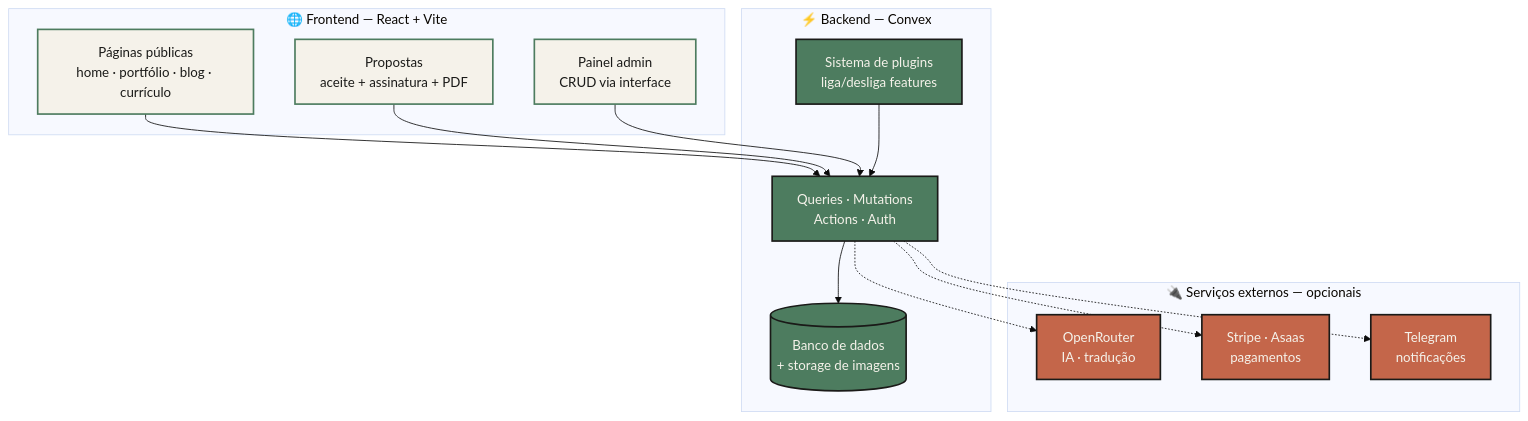
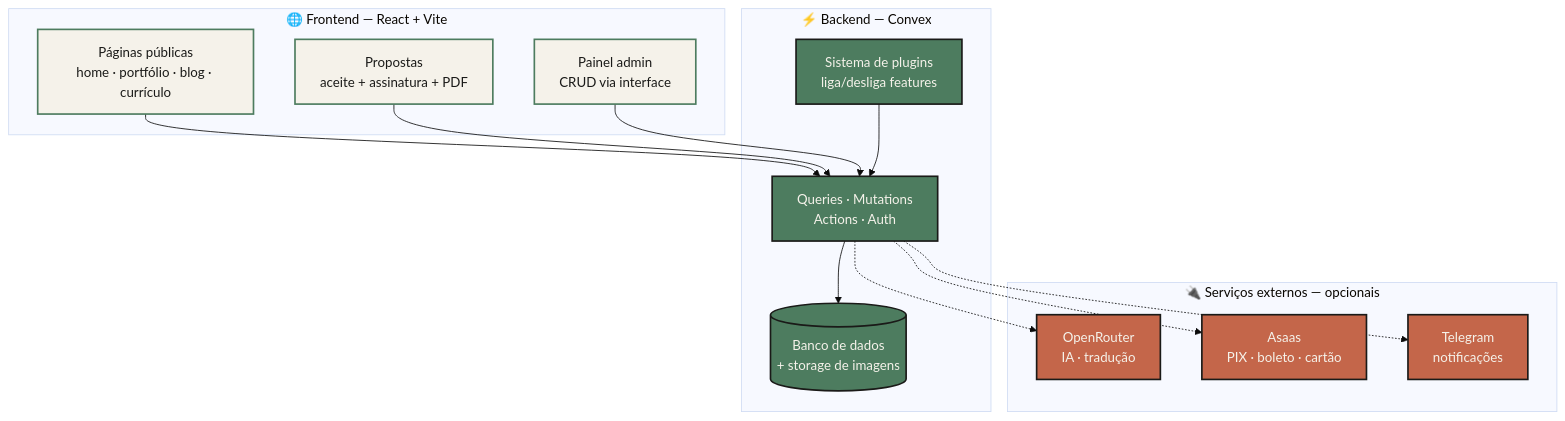
Before and after one commit to MierzwaMatheus/rubrica: the first of 3 diagrams in README.md, drawn with Mermaid (base theme). The commit also changed other lines of this file and 5 other files, not shown here.

````diff
--- a/README.md
+++ b/README.md
@@ -76,36 +77,36 @@
 ```mermaid
 flowchart TB
     subgraph cliente["🌐 Frontend — React + Vite"]
         pub["Páginas públicas<br/>home · portfólio · blog · currículo"]
         prop["Propostas<br/>aceite + assinatura + PDF"]
         admin["Painel admin<br/>CRUD via interface"]
     end
 
     subgraph backend["⚡ Backend — Convex"]
         db[("Banco de dados<br/>+ storage de imagens")]
         fn["Queries · Mutations<br/>Actions · Auth"]
         plugins["Sistema de plugins<br/>liga/desliga features"]
     end
 
     subgraph externos["🔌 Serviços externos — opcionais"]
         ia["OpenRouter<br/>IA · tradução"]
-        pay["Stripe · Asaas<br/>pagamentos"]
+        pay["Asaas<br/>PIX · boleto · cartão"]
         tg["Telegram<br/>notificações"]
     end
 
     pub --> fn
     prop --> fn
     admin --> fn
     fn --> db
     plugins --> fn
     fn -.-> ia
     fn -.-> pay
     fn -.-> tg
 
     classDef front fill:#F5F2EA,stroke:#4D7C5F,stroke-width:2px,color:#1A1A18
     classDef back fill:#4D7C5F,stroke:#1A1A18,stroke-width:2px,color:#F5F2EA
     classDef ext fill:#C4664A,stroke:#1A1A18,stroke-width:2px,color:#F5F2EA
     class pub,prop,admin front
     class db,fn,plugins back
     class ia,pay,tg ext
 ```
````
